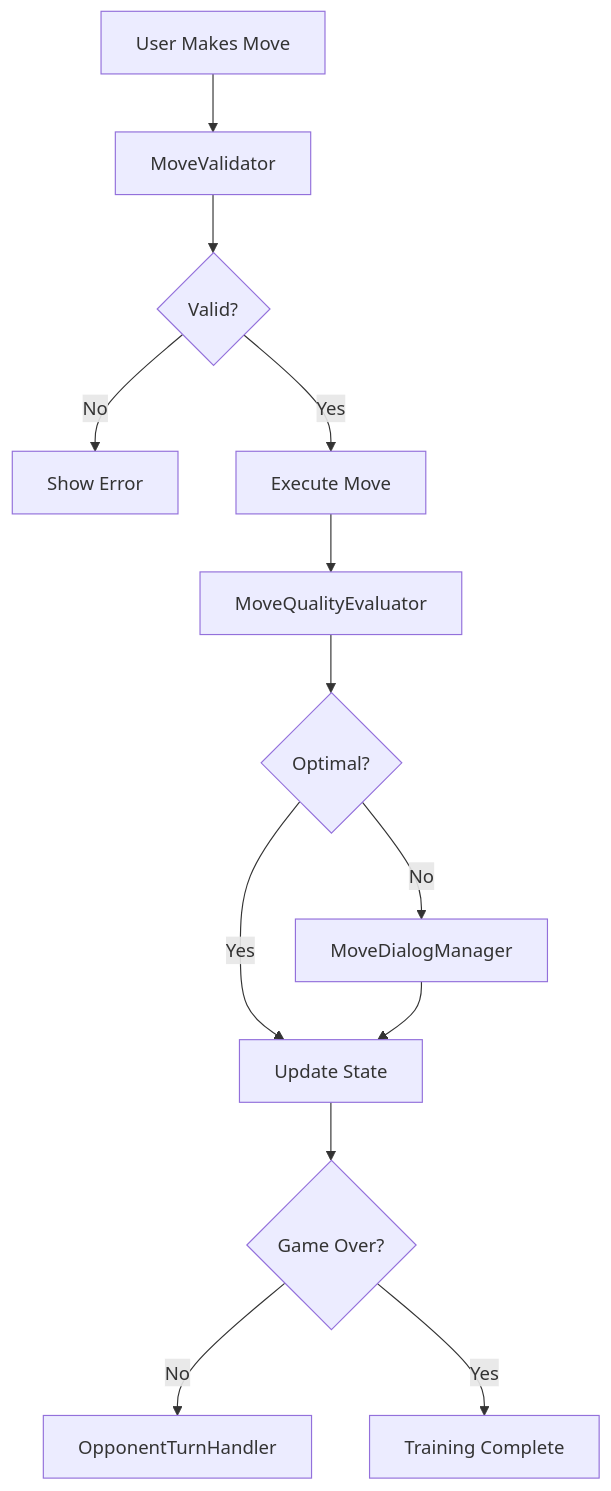
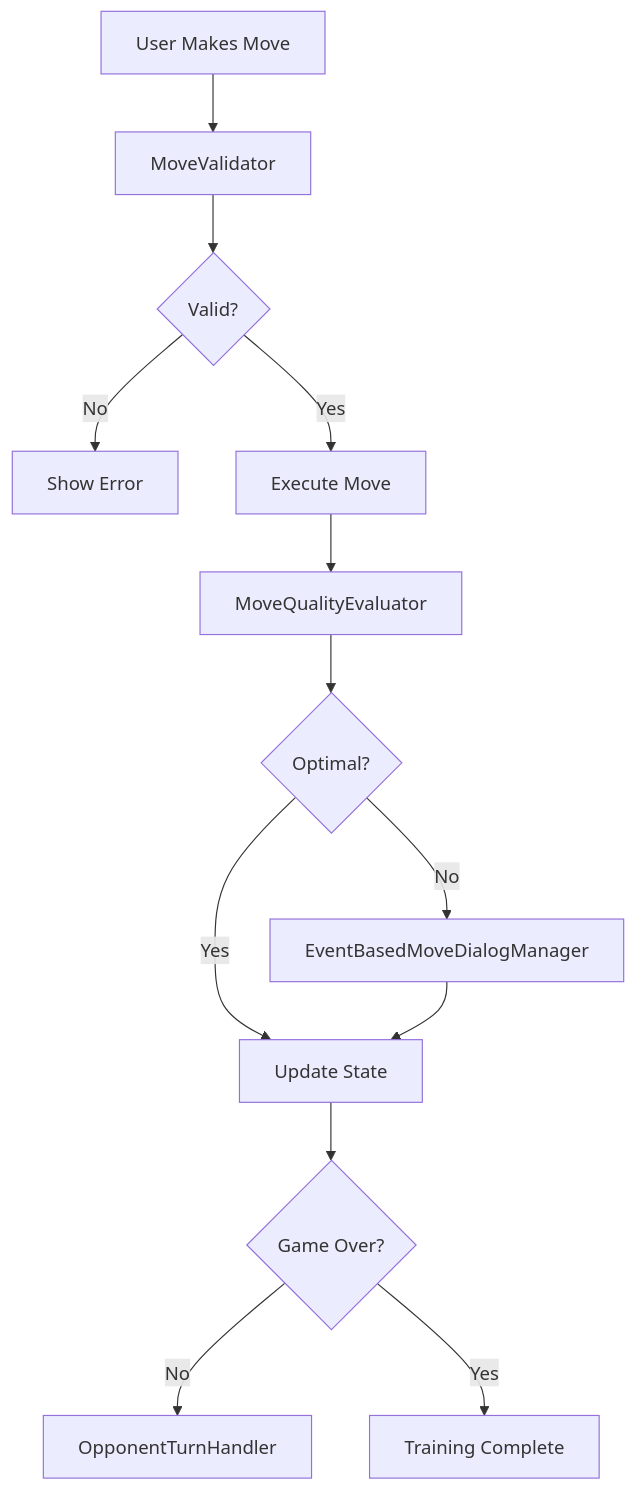
Before and after one commit to thehugegatsby/ChessEndgameTrainer: the diagram in docs/orchestrators/handlePlayerMove/README.md, drawn with Mermaid. The commit also changed other lines of this file and 519 other files, not shown here.

````diff
--- a/docs/orchestrators/handlePlayerMove/README.md
+++ b/docs/orchestrators/handlePlayerMove/README.md
@@ -25,15 +28,15 @@
 ```mermaid
 graph TD
     A[User Makes Move] --> B[MoveValidator]
     B --> C{Valid?}
     C -->|No| D[Show Error]
     C -->|Yes| E[Execute Move]
     E --> F[MoveQualityEvaluator]
     F --> G{Optimal?}
-    G -->|No| H[MoveDialogManager]
+    G -->|No| H[EventBasedMoveDialogManager]
     G -->|Yes| I[Update State]
     H --> I
     I --> J{Game Over?}
     J -->|No| K[OpponentTurnHandler]
     J -->|Yes| L[Training Complete]
 ```
````
